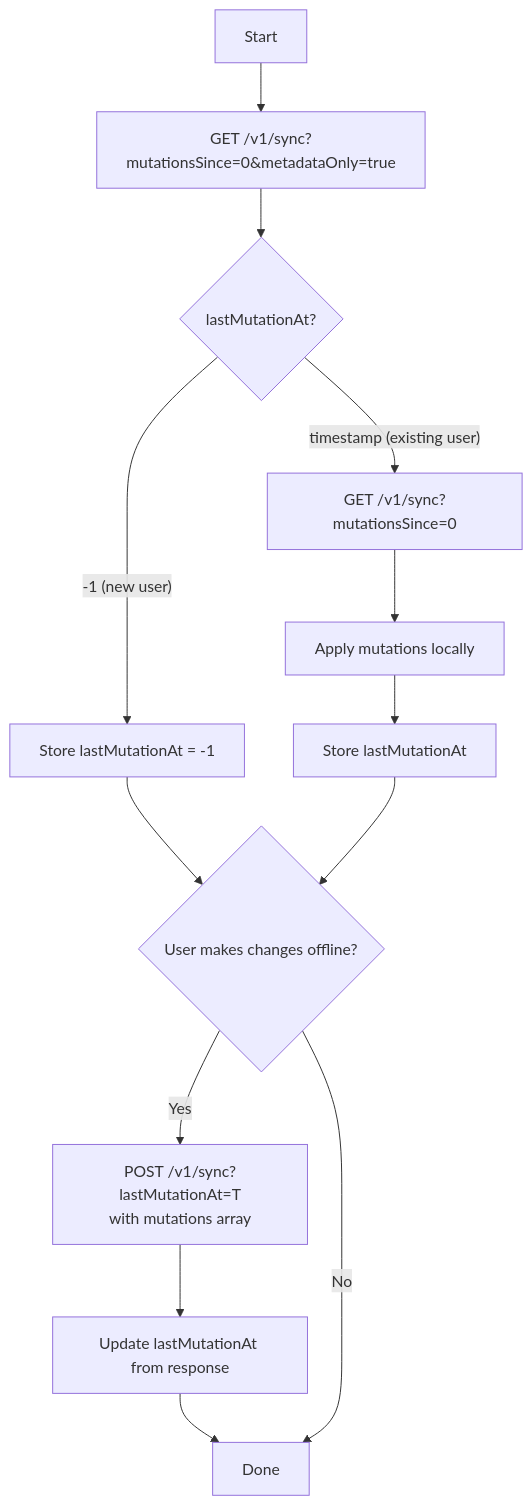
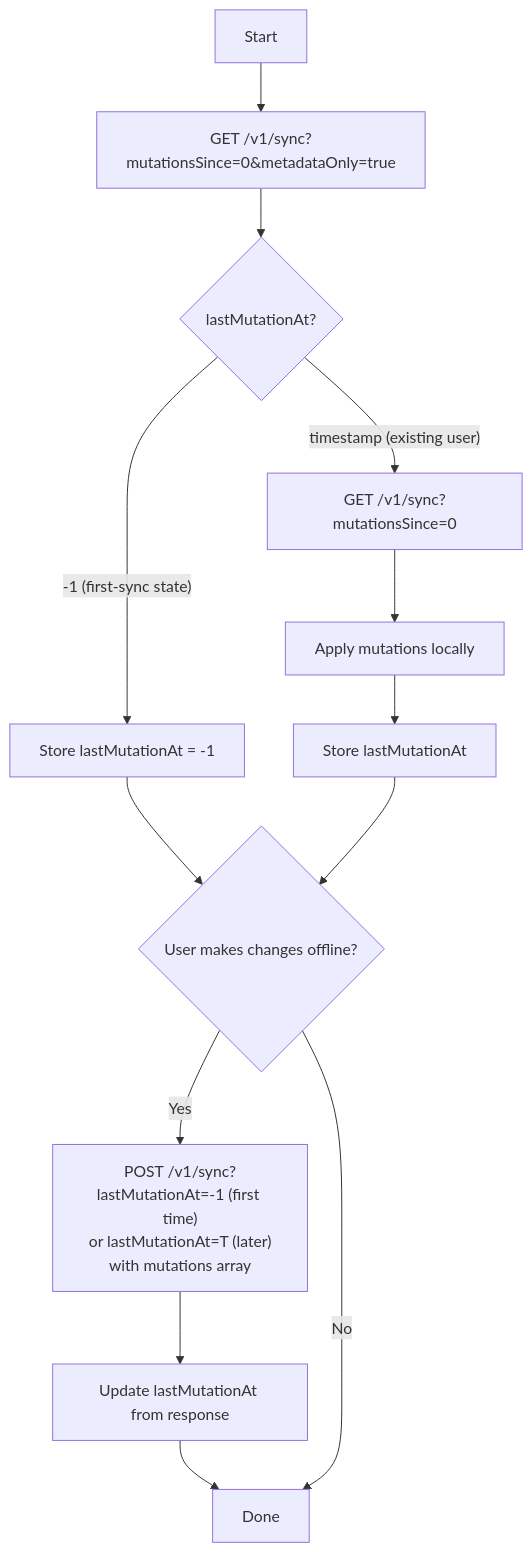
The second of 2 diagrams in docs/tutorials/sync/getting-started.mdx (quran/qf-api-docs), drawn with Mermaid before and after one commit. The commit also changed other lines of this file and 2 other files, not shown here.

````diff
--- a/docs/tutorials/sync/getting-started.mdx
+++ b/docs/tutorials/sync/getting-started.mdx
@@ -89,15 +94,15 @@
 ```mermaid
 flowchart TD
     A[Start] --> B["GET /v1/sync?mutationsSince=0&metadataOnly=true"]
     B --> C{lastMutationAt?}
-    C -->|"-1 (new user)"| D["Store lastMutationAt = -1"]
+    C -->|"-1 (first-sync state)"| D["Store lastMutationAt = -1"]
     C -->|"timestamp (existing user)"| E["GET /v1/sync?mutationsSince=0"]
     E --> F["Apply mutations locally"]
     F --> G["Store lastMutationAt"]
     D --> H{User makes changes offline?}
     G --> H
-    H -->|Yes| I["POST /v1/sync?lastMutationAt=T<br/>with mutations array"]
+    H -->|Yes| I["POST /v1/sync?lastMutationAt=-1 (first time)<br/>or lastMutationAt=T (later)<br/>with mutations array"]
     I --> J["Update lastMutationAt from response"]
     J --> K[Done]
     H -->|No| K
 ```
````
